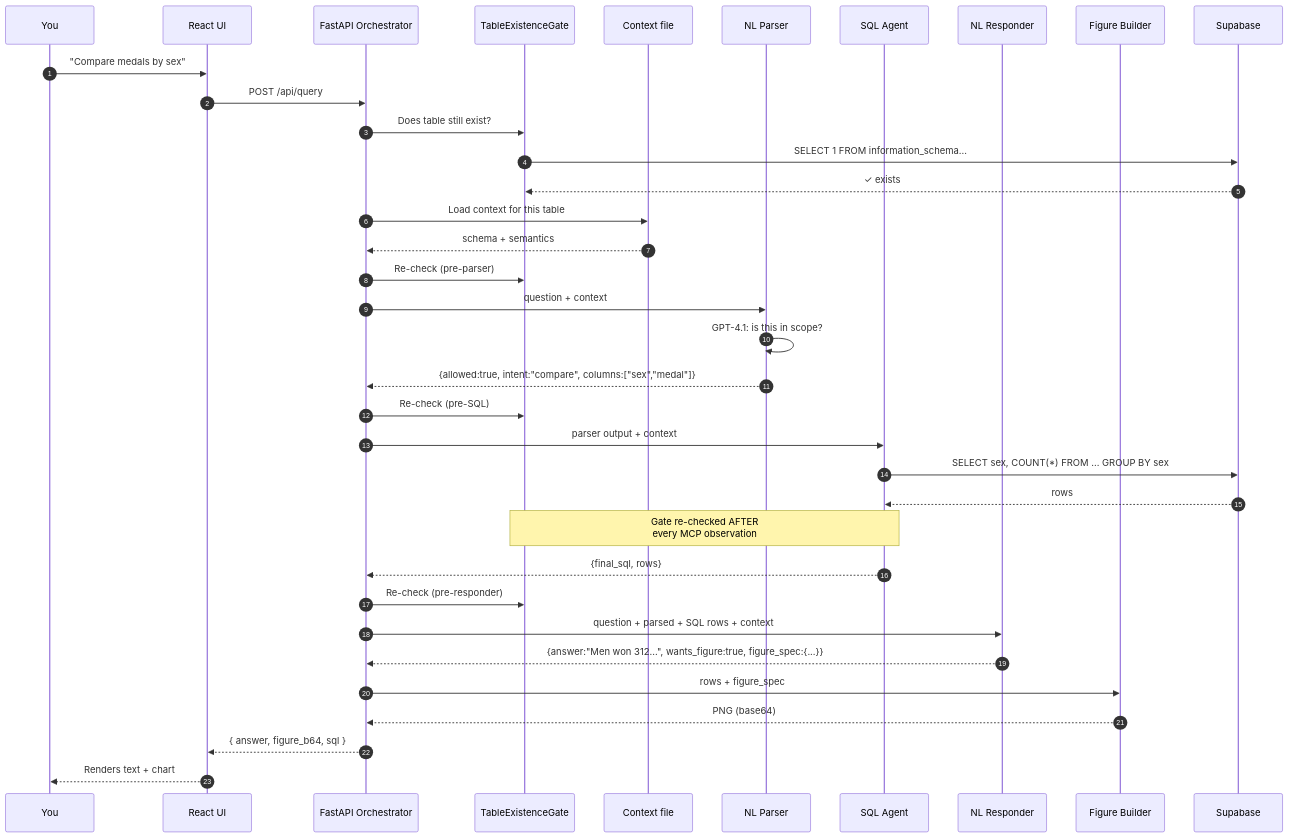
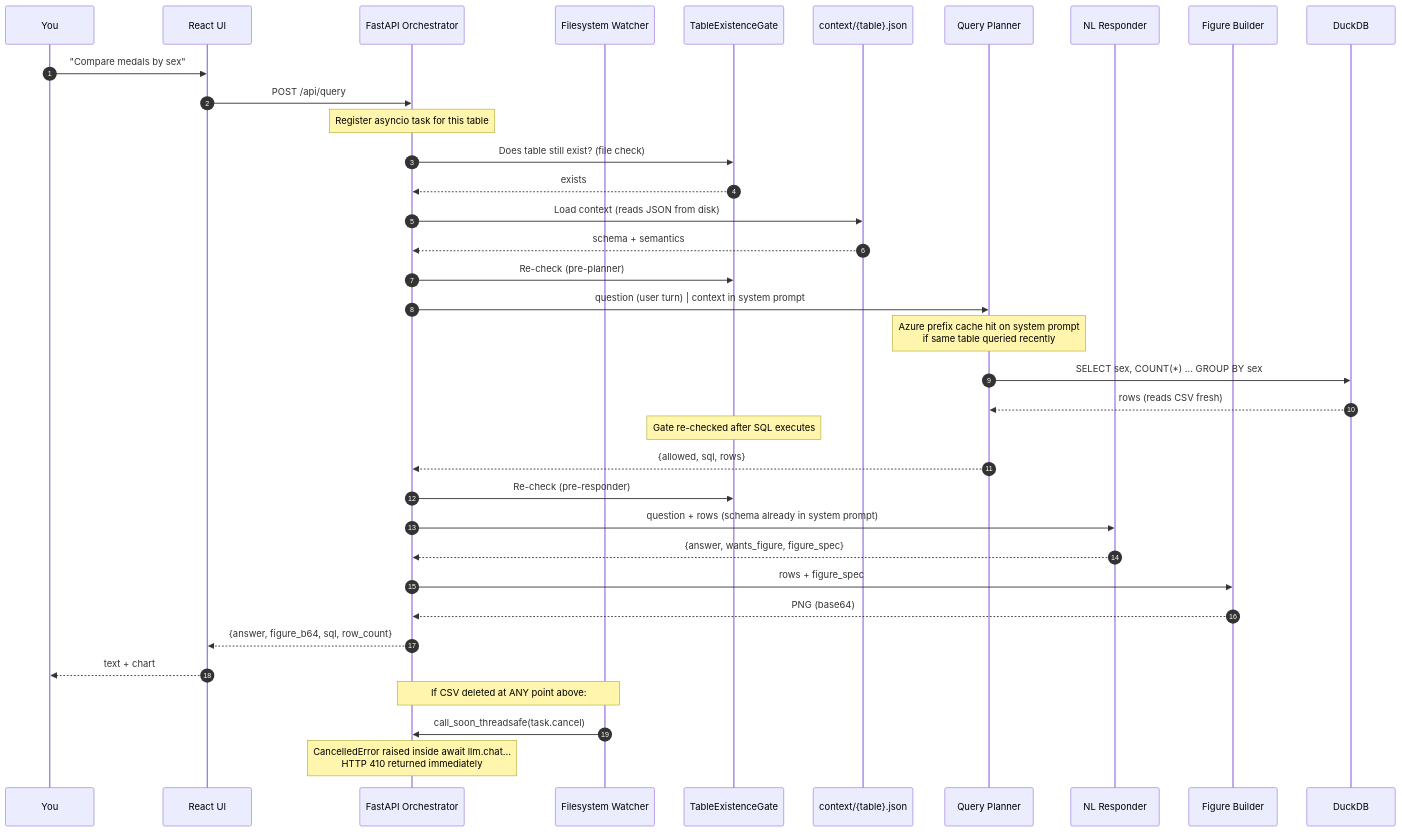
One commit to devangsharma-igna/csv-agent changed the fourth of 6 diagrams in README.md. Above: the diagram before and after it, drawn with Mermaid. The commit also changed other lines of this file, not shown here.

````diff
--- a/README.md
+++ b/README.md
@@ -177,39 +131,40 @@
 ```mermaid
 sequenceDiagram
     autonumber
     participant U as You
     participant FE as React UI
     participant BE as FastAPI Orchestrator
+    participant W as Filesystem Watcher
     participant G as TableExistenceGate
-    participant Ctx as Context file
-    participant P as NL Parser
-    participant S as SQL Agent
+    participant Ctx as context/{table}.json
+    participant QP as Query Planner
     participant R as NL Responder
     participant F as Figure Builder
-    participant DB as Supabase
+    participant DDB as DuckDB
 
     U->>FE: "Compare medals by sex"
     FE->>BE: POST /api/query
-    BE->>G: Does table still exist?
-    G->>DB: SELECT 1 FROM information_schema...
-    DB-->>G: ✓ exists
-    BE->>Ctx: Load context for this table
+    Note over BE: Register asyncio task for this table
+    BE->>G: Does table still exist? (file check)
+    G-->>BE: exists
+    BE->>Ctx: Load context (reads JSON from disk)
     Ctx-->>BE: schema + semantics
-    BE->>G: Re-check (pre-parser)
-    BE->>P: question + context
-    P->>P: GPT-4.1: is this in scope?
-    P-->>BE: {allowed:true, intent:"compare", columns:["sex","medal"]}
-    BE->>G: Re-check (pre-SQL)
-    BE->>S: parser output + context
-    S->>DB: SELECT sex, COUNT(*) FROM ... GROUP BY sex
-    DB-->>S: rows
-    Note over S,G: Gate re-checked AFTER<br/>every MCP observation
-    S-->>BE: {final_sql, rows}
+    BE->>G: Re-check (pre-planner)
+    BE->>QP: question (user turn) | context in system prompt
+    Note over QP: Azure prefix cache hit on system prompt<br/>if same table queried recently
+    QP->>DDB: SELECT sex, COUNT(*) ... GROUP BY sex
+    DDB-->>QP: rows (reads CSV fresh)
+    Note over G: Gate re-checked after SQL executes
+    QP-->>BE: {allowed, sql, rows}
     BE->>G: Re-check (pre-responder)
-    BE->>R: question + parsed + SQL rows + context
-    R-->>BE: {answer:"Men won 312...", wants_figure:true, figure_spec:{...}}
+    BE->>R: question + rows (schema already in system prompt)
+    R-->>BE: {answer, wants_figure, figure_spec}
     BE->>F: rows + figure_spec
     F-->>BE: PNG (base64)
-    BE-->>FE: { answer, figure_b64, sql }
-    FE-->>U: Renders text + chart
+    BE-->>FE: {answer, figure_b64, sql, row_count}
+    FE-->>U: text + chart
+
+    Note over W,BE: If CSV deleted at ANY point above:
+    W->>BE: call_soon_threadsafe(task.cancel)
+    Note over BE: CancelledError raised inside await llm.chat...<br/>HTTP 410 returned immediately
 ```
````
